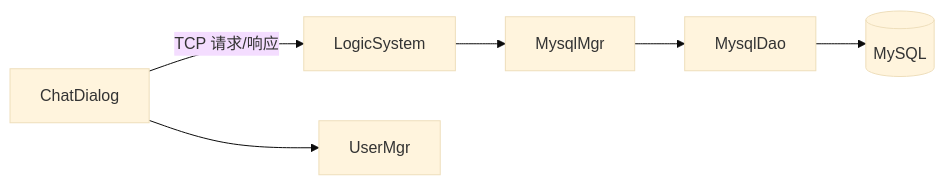
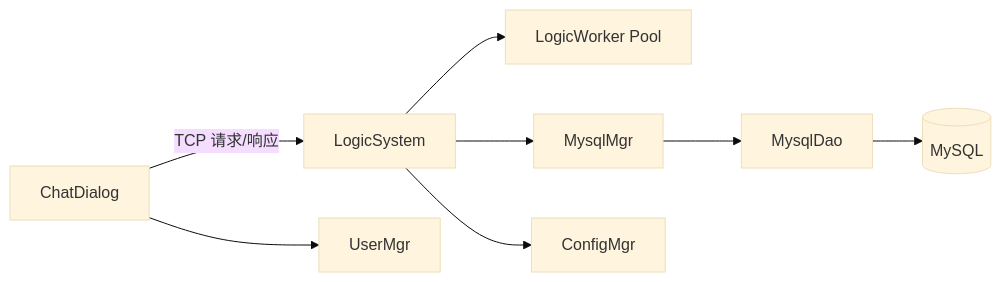
One commit to echo9923/mychatter changed the ninth of 9 diagrams in .qoder/repowiki/zh/content/服务端开发/ChatServer聊天核心服务/业务逻辑系统/线程管理.md. Above: the diagram before and after it, drawn with Mermaid (base theme). The commit also changed other lines of this file and 54 other files, not shown here.

````diff
--- a/.qoder/repowiki/zh/content/服务端开发/ChatServer聊天核心服务/业务逻辑系统/线程管理.md
+++ b/.qoder/repowiki/zh/content/服务端开发/ChatServer聊天核心服务/业务逻辑系统/线程管理.md
@@ -315,8 +394,10 @@
 ```mermaid
 graph LR
-LS["LogicSystem"] --> MM["MysqlMgr"]
+LS["LogicSystem"] --> LW["LogicWorker Pool"]
+LS --> MM["MysqlMgr"]
 MM --> MD["MysqlDao"]
 MD --> DB[("MySQL")]
+LS --> CFG["ConfigMgr"]
 CD["ChatDialog"] --> |"TCP 请求/响应"| LS
 CD --> UM["UserMgr"]
 ```
````
